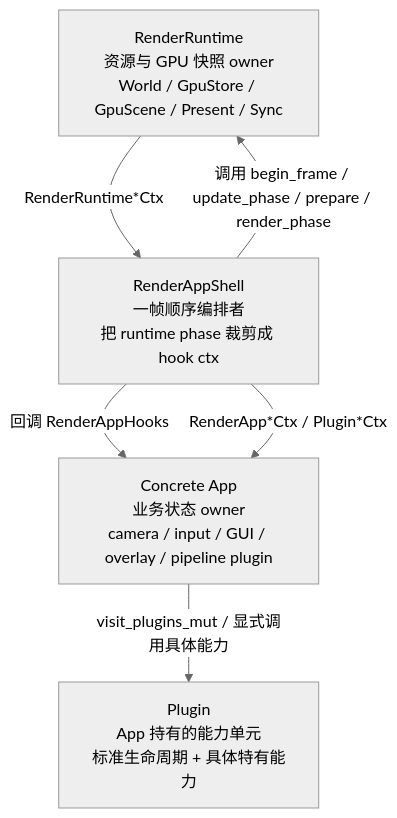
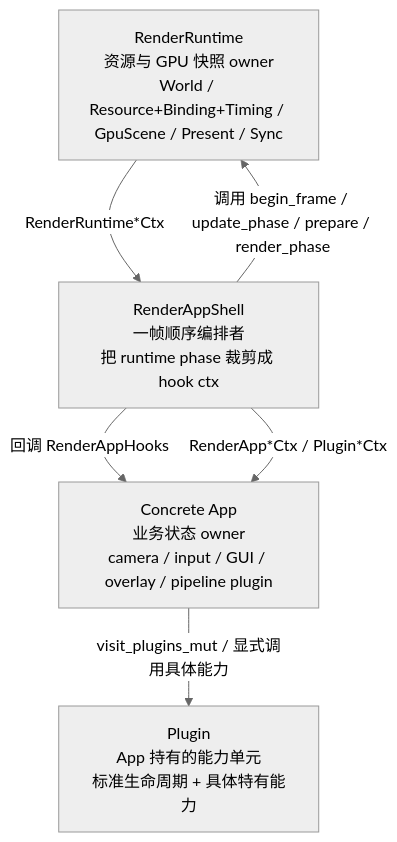
One commit to acccoco/TruvisRenderer changed the first of 5 diagrams in docs/summaries/frame-lifecycle.md. Above: the diagram before and after it, drawn with Mermaid (neutral theme). The commit also changed other lines of this file and 51 other files, not shown here.

Commit message:
refactor 拆分 GpuStore

````diff
--- a/docs/summaries/frame-lifecycle.md
+++ b/docs/summaries/frame-lifecycle.md
@@ -27,12 +28,12 @@
 ```mermaid
 flowchart TB
-    Runtime["RenderRuntime<br/>资源与 GPU 快照 owner<br/>World / GpuStore / GpuScene / Present / Sync"]
+    Runtime["RenderRuntime<br/>资源与 GPU 快照 owner<br/>World / Resource+Binding+Timing / GpuScene / Present / Sync"]
     Shell["RenderAppShell<br/>一帧顺序编排者<br/>把 runtime phase 裁剪成 hook ctx"]
     App["Concrete App<br/>业务状态 owner<br/>camera / input / GUI / overlay / pipeline plugin"]
     Plugin["Plugin<br/>App 持有的能力单元<br/>标准生命周期 + 具体特有能力"]
     Shell -->|" 调用 begin_frame / update_phase / prepare / render_phase "| Runtime
     Shell -->|" 回调 RenderAppHooks "| App
     App -->|" visit_plugins_mut / 显式调用具体能力 "| Plugin
     Runtime -->|" RenderRuntime*Ctx "| Shell
     Shell -->|" RenderApp*Ctx / Plugin*Ctx "| App
 ```
````
